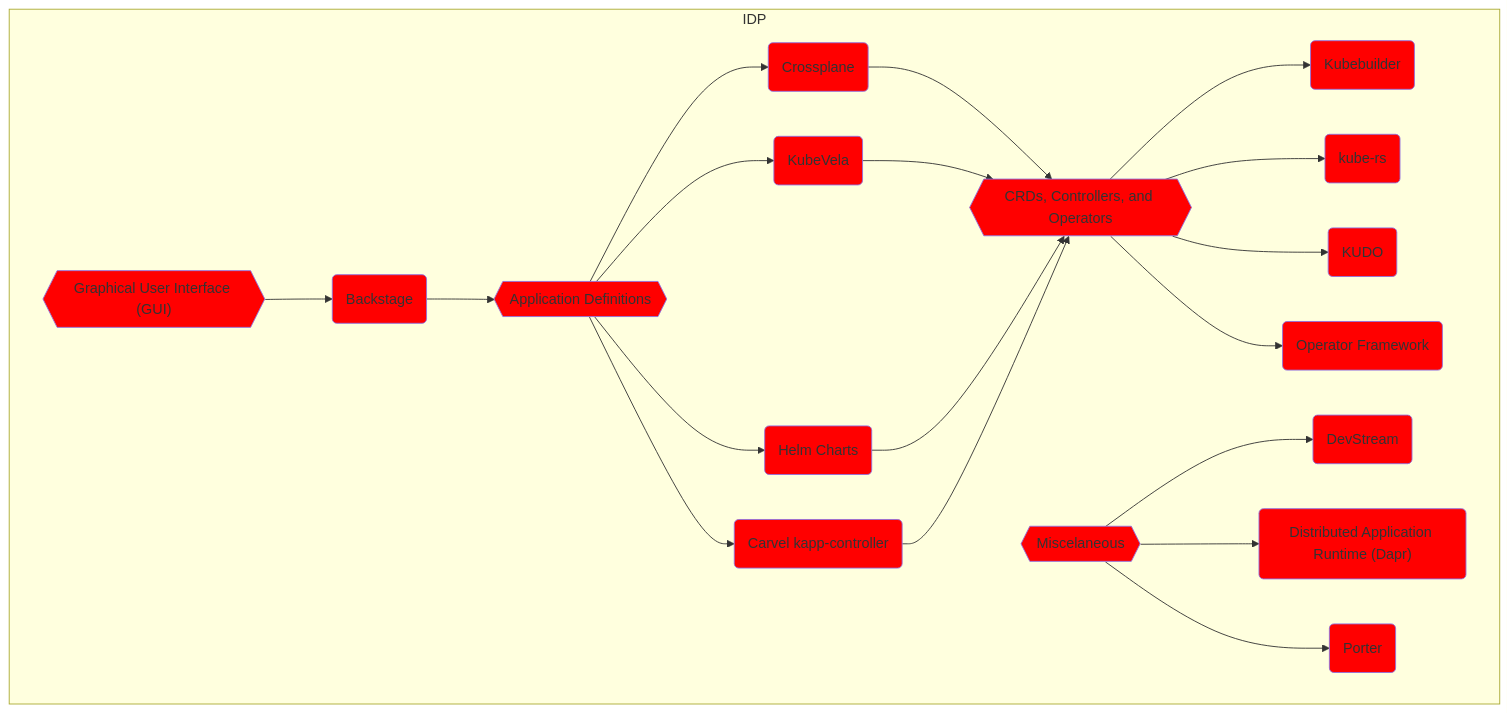
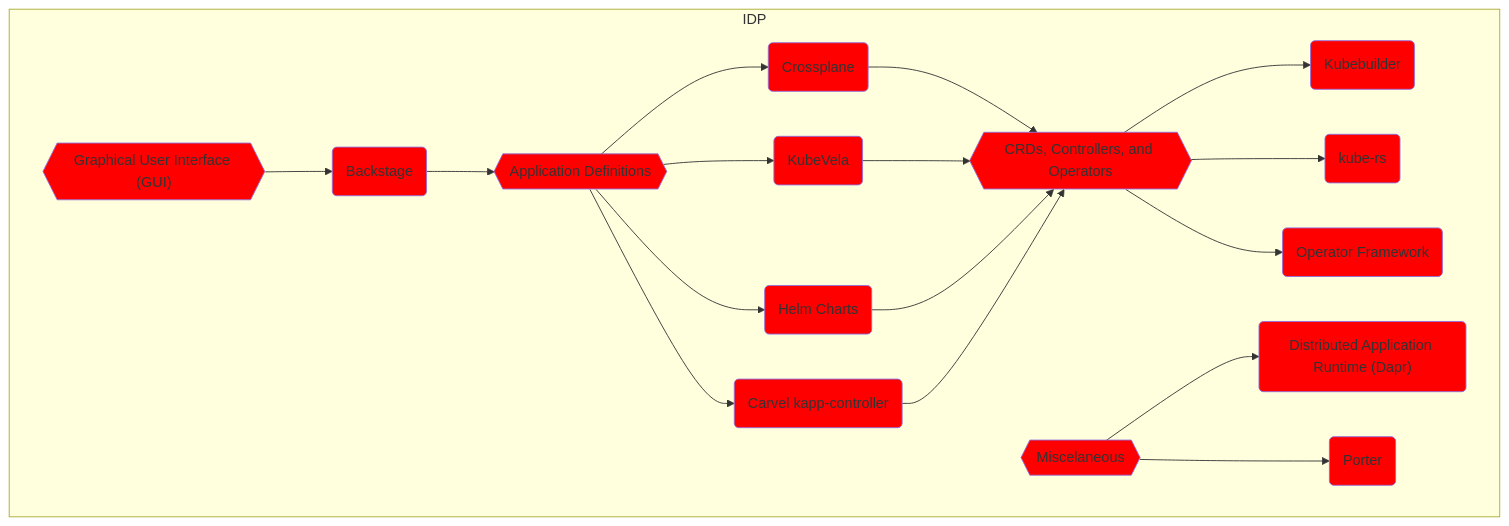
One commit to vfarcic/cncf-demo changed the eighth of 11 diagrams in solution.md. Above: the diagram before and after it, drawn with Mermaid. The commit also changed other lines of this file, not shown here.

````diff
--- a/solution.md
+++ b/solution.md
@@ -808,59 +808,61 @@
 ```mermaid
 flowchart TD
 
     subgraph IDP
 
         %% ------------------------------------
         %% -- Graphical User Interface (GUI) --
         %% ------------------------------------
         gui{{"Graphical User Interface (GUI)"}}
         style gui fill:red
         gui-backstage(Backstage)
         style gui-backstage fill:red
         gui --> gui-backstage --> app-definitions
 
         %% -----------------------------
         %% -- Application Definitions --
         %% -----------------------------
         app-definitions{{Application Definitions}}
         style app-definitions fill:red
         app-definitions-crossplane(Crossplane)
         style app-definitions-crossplane fill:red
         app-definitions-kube-vela(KubeVela)
         style app-definitions-kube-vela fill:red
         app-definitions-helm(Helm Charts)
         style app-definitions-helm fill:red
         app-definitions-kapp-controller(Carvel kapp-controller)
         style app-definitions-kapp-controller fill:red
         app-definitions --> app-definitions-crossplane & app-definitions-kube-vela & app-definitions-helm & app-definitions-kapp-controller--> crd
 
         %% --------------------------------------
         %% -- CRDs, Controllers, and Operators --
         %% --------------------------------------
         crd{{CRDs, Controllers, and Operators}}
         style crd fill:red
         kubebuilder(Kubebuilder)
         style kubebuilder fill:red
         crd-kube-rs(kube-rs)
         style crd-kube-rs fill:red
-        crd-kudo(KUDO)
-        style crd-kudo fill:red
+        %% Not maintained since 2021
+        %% crd-kudo(KUDO)
+        %% style crd-kudo fill:red
         crd-operator-framework(Operator Framework)
         style crd-operator-framework fill:red
-        crd --> kubebuilder & crd-kube-rs & crd-kudo & crd-operator-framework
+        crd --> kubebuilder & crd-kube-rs & crd-operator-framework
 
         %% ------------------
         %% -- Miscelaneous --
         %% ------------------
         idp-misc{{Miscelaneous}}
         style idp-misc fill:red
-        dev-stream(DevStream)
-        style dev-stream fill:red
+        %% Not maintained since May 2023
+        %% dev-stream(DevStream)
+        %% style dev-stream fill:red
         dapr("Distributed Application Runtime (Dapr)")
         style dapr fill:red
         porter(Porter)
         style porter fill:red
-        idp-misc --> dev-stream & dapr & porter
+        idp-misc --> dapr & porter
 
     end
 ```
````
